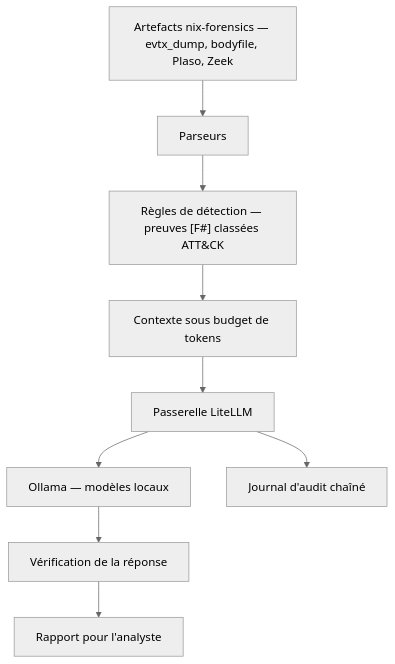
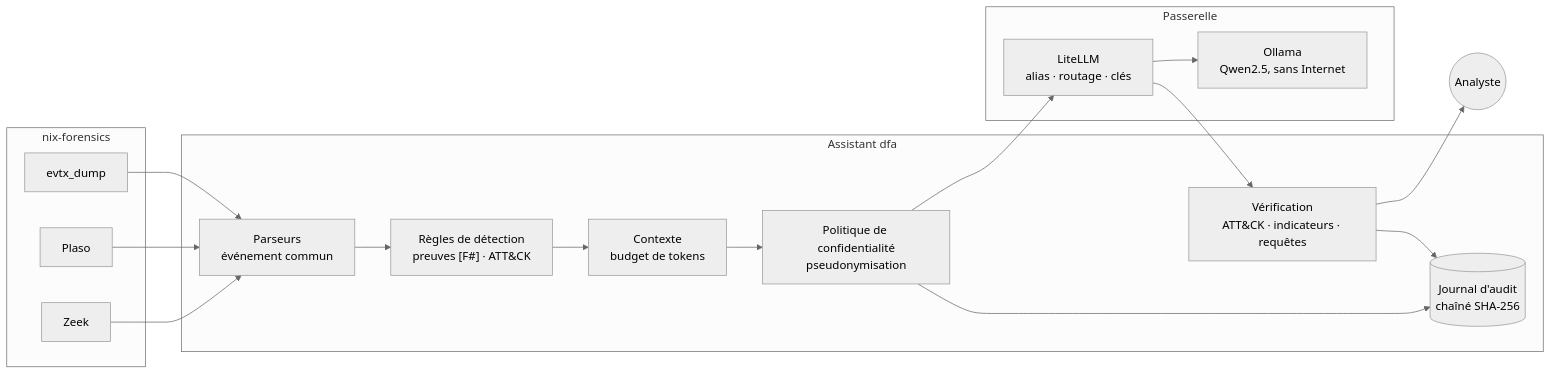
One commit to daren-houedanou/dfir-llm-assistant changed the diagram in README.md. Above: the diagram before and after it, drawn with Mermaid (neutral theme). The commit also changed other lines of this file and 3 other files, not shown here.

````diff
--- a/README.md
+++ b/README.md
@@ -23,11 +44,24 @@
 ```mermaid
-flowchart TD
-    A["Artefacts nix-forensics — evtx_dump, bodyfile, Plaso, Zeek"] --> B["Parseurs"]
-    B --> C["Règles de détection — preuves [F#] classées ATT&CK"]
-    C --> D["Contexte sous budget de tokens"]
-    D --> E["Passerelle LiteLLM"]
-    E --> F["Ollama — modèles locaux"]
-    F --> G["Vérification de la réponse"]
-    G --> H["Rapport pour l'analyste"]
-    E --> I["Journal d'audit chaîné"]
+flowchart LR
+    subgraph NF [nix-forensics]
+        EV[evtx_dump]
+        PL[Plaso]
+        ZK[Zeek]
+    end
+    subgraph AS [Assistant dfa]
+        P["Parseurs<br/>événement commun"]
+        R["Règles de détection<br/>preuves [F#] · ATT&CK"]
+        C["Contexte<br/>budget de tokens"]
+        PR["Politique de confidentialité<br/>pseudonymisation"]
+        V["Vérification<br/>ATT&CK · indicateurs · requêtes"]
+        A[("Journal d'audit<br/>chaîné SHA-256")]
+    end
+    subgraph GW [Passerelle]
+        L["LiteLLM<br/>alias · routage · clés"]
+        O["Ollama<br/>Qwen2.5, sans Internet"]
+    end
+    EV & PL & ZK --> P --> R --> C --> PR --> L --> O
+    L --> V --> AN((Analyste))
+    PR --> A
+    V --> A
 ```
````
